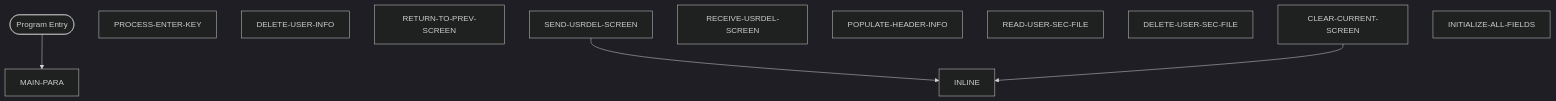
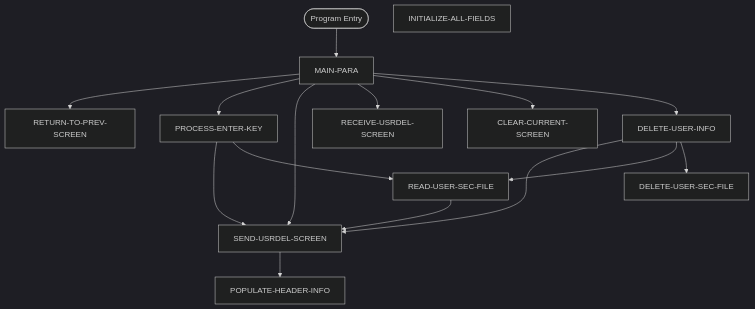
The second of 2 diagrams in Unisys_doc-main/doc_demo/docs/programs/COUSR03C.md (Arun973150/new_doc), drawn with Mermaid (dark theme) before and after one commit. The commit also changed other lines of this file and 716 other files, not shown here.

````diff
--- a/Unisys_doc-main/doc_demo/docs/programs/COUSR03C.md
+++ b/Unisys_doc-main/doc_demo/docs/programs/COUSR03C.md
@@ -338,18 +338,29 @@
 ```mermaid
 flowchart TD
     START([Program Entry])
     MAIN_PARA["MAIN-PARA"]
     PROCESS_ENTER_KEY["PROCESS-ENTER-KEY"]
     DELETE_USER_INFO["DELETE-USER-INFO"]
     RETURN_TO_PREV_SCREEN["RETURN-TO-PREV-SCREEN"]
     SEND_USRDEL_SCREEN["SEND-USRDEL-SCREEN"]
     RECEIVE_USRDEL_SCREEN["RECEIVE-USRDEL-SCREEN"]
     POPULATE_HEADER_INFO["POPULATE-HEADER-INFO"]
     READ_USER_SEC_FILE["READ-USER-SEC-FILE"]
     DELETE_USER_SEC_FILE["DELETE-USER-SEC-FILE"]
     CLEAR_CURRENT_SCREEN["CLEAR-CURRENT-SCREEN"]
     INITIALIZE_ALL_FIELDS["INITIALIZE-ALL-FIELDS"]
     START --> MAIN_PARA
-    SEND_USRDEL_SCREEN --> INLINE
-    CLEAR_CURRENT_SCREEN --> INLINE
+    MAIN_PARA --> RETURN_TO_PREV_SCREEN
+    MAIN_PARA --> PROCESS_ENTER_KEY
+    MAIN_PARA --> SEND_USRDEL_SCREEN
+    MAIN_PARA --> RECEIVE_USRDEL_SCREEN
+    MAIN_PARA --> CLEAR_CURRENT_SCREEN
+    MAIN_PARA --> DELETE_USER_INFO
+    PROCESS_ENTER_KEY --> SEND_USRDEL_SCREEN
+    PROCESS_ENTER_KEY --> READ_USER_SEC_FILE
+    DELETE_USER_INFO --> SEND_USRDEL_SCREEN
+    DELETE_USER_INFO --> READ_USER_SEC_FILE
+    DELETE_USER_INFO --> DELETE_USER_SEC_FILE
+    SEND_USRDEL_SCREEN --> POPULATE_HEADER_INFO
+    READ_USER_SEC_FILE --> SEND_USRDEL_SCREEN
 ```
````
